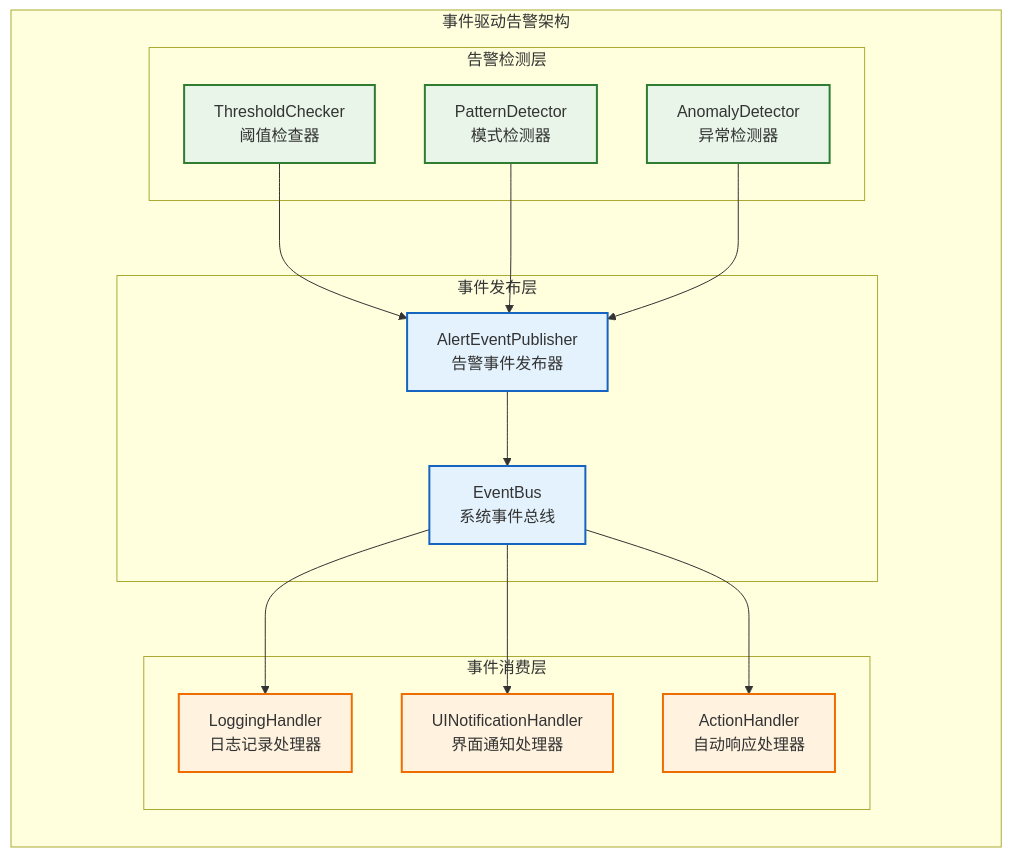
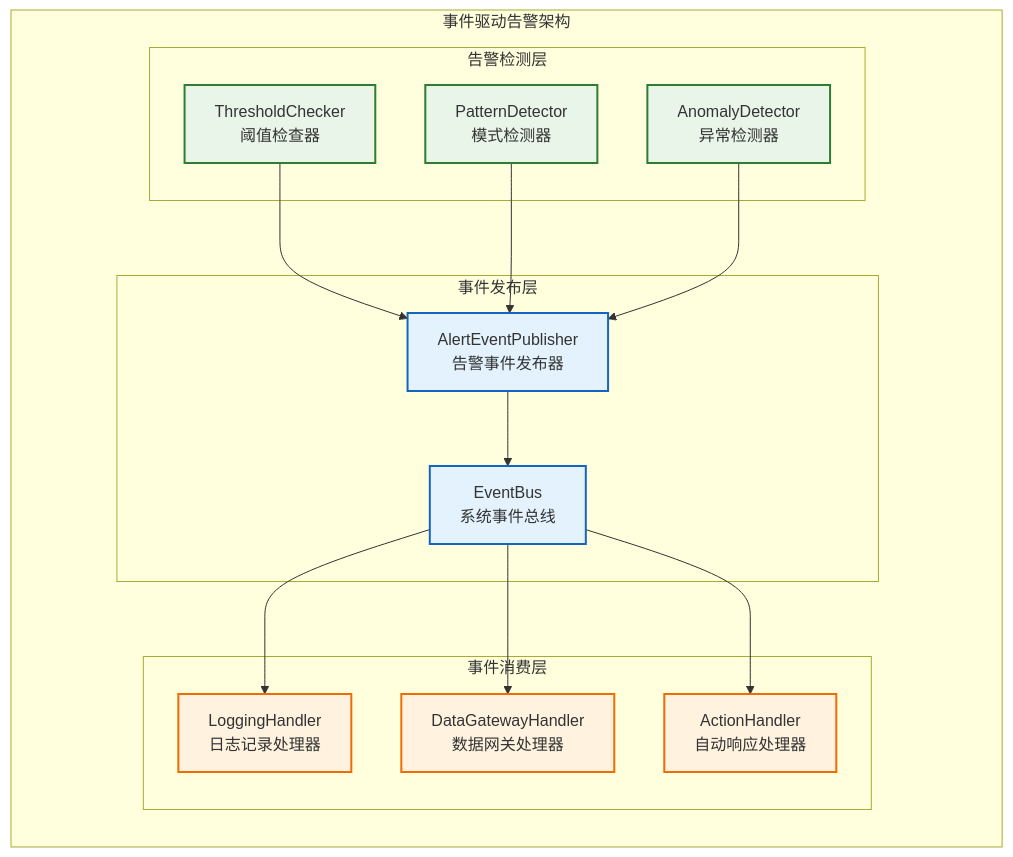
The sixth of 7 diagrams in docs/01_项目设计/02_模块设计/08_监控服务设计.md (wendizhou99-cell/Radar), drawn with Mermaid before and after one commit. The commit also changed other lines of this file and 14 other files, not shown here.

````diff
--- a/docs/01_项目设计/02_模块设计/08_监控服务设计.md
+++ b/docs/01_项目设计/02_模块设计/08_监控服务设计.md
@@ -860,42 +873,42 @@
 ```mermaid
 graph TB
     subgraph "事件驱动告警架构"
         direction TB
 
         subgraph "告警检测层"
             THRESHOLD_CHECKER[ThresholdChecker<br/>阈值检查器]
             PATTERN_DETECTOR[PatternDetector<br/>模式检测器]
             ANOMALY_DETECTOR[AnomalyDetector<br/>异常检测器]
         end
 
         subgraph "事件发布层"
             ALERT_PUBLISHER[AlertEventPublisher<br/>告警事件发布器]
             EVENT_BUS[EventBus<br/>系统事件总线]
         end
 
         subgraph "事件消费层"
             LOG_HANDLER[LoggingHandler<br/>日志记录处理器]
-            UI_HANDLER[UINotificationHandler<br/>界面通知处理器]
+            GATEWAY_HANDLER[DataGatewayHandler<br/>数据网关处理器]
             ACTION_HANDLER[ActionHandler<br/>自动响应处理器]
         end
 
         %% 事件流
         THRESHOLD_CHECKER --> ALERT_PUBLISHER
         PATTERN_DETECTOR --> ALERT_PUBLISHER
         ANOMALY_DETECTOR --> ALERT_PUBLISHER
 
         ALERT_PUBLISHER --> EVENT_BUS
 
         EVENT_BUS --> LOG_HANDLER
-        EVENT_BUS --> UI_HANDLER
+        EVENT_BUS --> GATEWAY_HANDLER
         EVENT_BUS --> ACTION_HANDLER
     end
 
     classDef detector fill:#e8f5e8,stroke:#2e7d32,stroke-width:2px
     classDef publisher fill:#e3f2fd,stroke:#1565c0,stroke-width:2px
     classDef handler fill:#fff3e0,stroke:#ef6c00,stroke-width:2px
 
     class THRESHOLD_CHECKER,PATTERN_DETECTOR,ANOMALY_DETECTOR detector
     class ALERT_PUBLISHER,EVENT_BUS publisher
-    class LOG_HANDLER,UI_HANDLER,ACTION_HANDLER handler
+    class LOG_HANDLER,GATEWAY_HANDLER,ACTION_HANDLER handler
 ```
````
